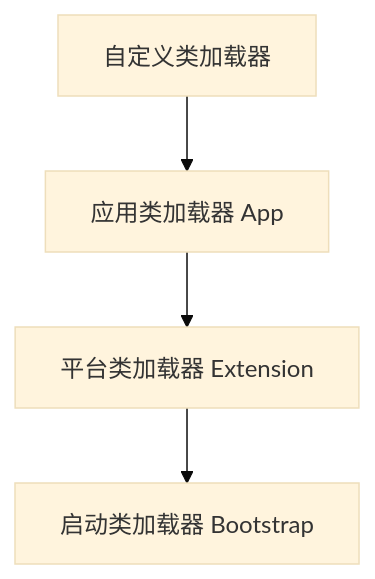
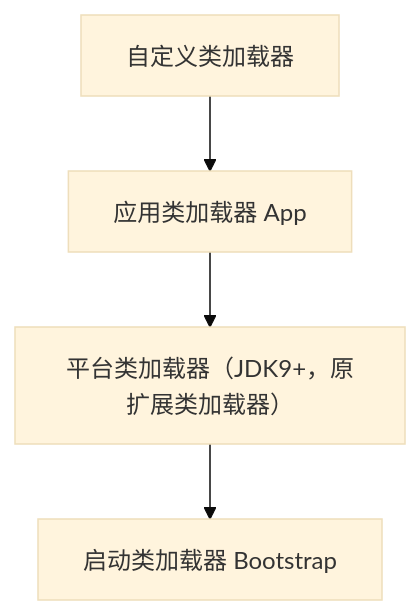
The seventh of 8 diagrams in docs/02.后端/01.Java/17.JVM 基础.md (l552177239/my-note), drawn with Mermaid (base theme) before and after one commit. The commit also changed other lines of this file, not shown here.

````diff
--- a/docs/02.后端/01.Java/17.JVM 基础.md
+++ b/docs/02.后端/01.Java/17.JVM 基础.md
@@ -235,7 +222,6 @@
 ```mermaid
 flowchart TD
     A["自定义类加载器"] --> B["应用类加载器 App"]
-    B --> C["平台类加载器 Extension"]
+    B --> C["平台类加载器（JDK9+，原扩展类加载器）"]
     C --> D["启动类加载器 Bootstrap"]
-
 ```
````
